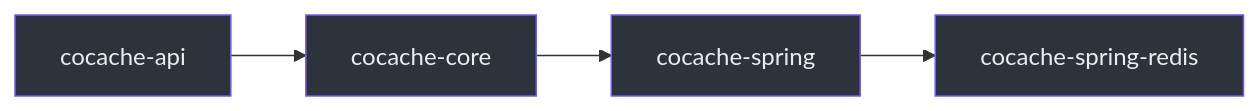
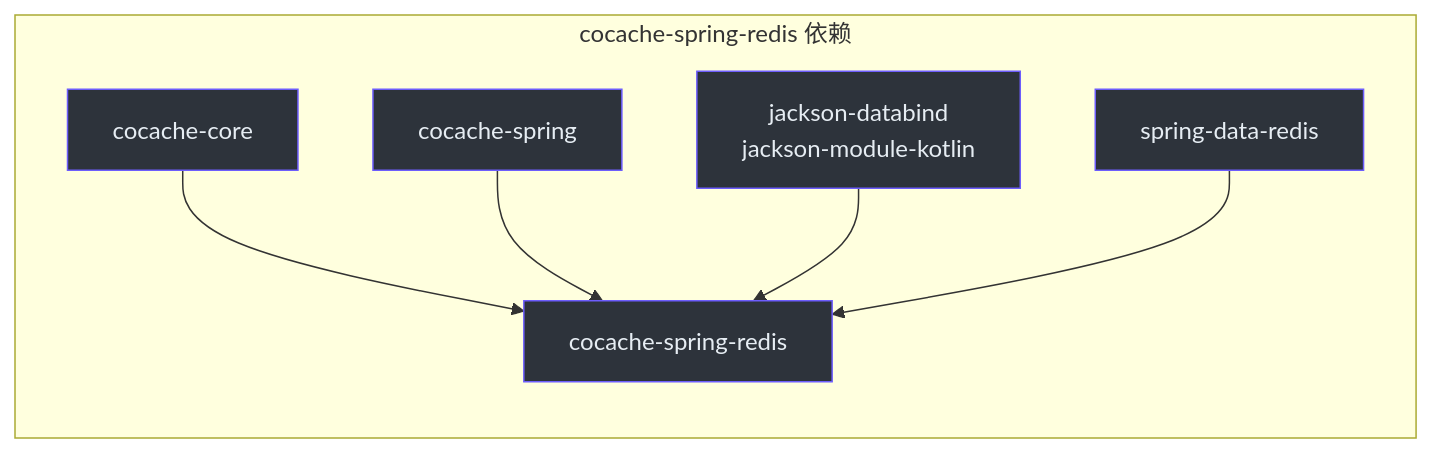
The first of 8 diagrams in wiki/zh/modules/cocache-spring-redis.md (Ahoo-Wang/CoCache), drawn with Mermaid before and after one commit. The commit also changed other lines of this file and 25 other files, not shown here.

````diff
--- a/wiki/zh/modules/cocache-spring-redis.md
+++ b/wiki/zh/modules/cocache-spring-redis.md
@@ -12,11 +12,26 @@
 ```mermaid
 graph LR
-    API["cocache-api"] --> Core["cocache-core"]
-    Core --> Spring["cocache-spring"]
-    Spring --> Redis["cocache-spring-redis"]
+    subgraph sg_47 ["cocache-spring-redis 依赖"]
 
-    style API fill:#2d333b,stroke:#6d5dfc,color:#e6edf3
-    style Core fill:#2d333b,stroke:#6d5dfc,color:#e6edf3
-    style Spring fill:#2d333b,stroke:#6d5dfc,color:#e6edf3
-    style Redis fill:#2d333b,stroke:#6d5dfc,color:#e6edf3
+        core["cocache-core"]
+        style core fill:#2d333b,stroke:#6d5dfc,color:#e6edf3
+
+        spring["cocache-spring"]
+        style spring fill:#2d333b,stroke:#6d5dfc,color:#e6edf3
+
+        redis["cocache-spring-redis"]
+        style redis fill:#2d333b,stroke:#6d5dfc,color:#e6edf3
+
+        jackson["jackson-databind<br>jackson-module-kotlin"]
+        style jackson fill:#2d333b,stroke:#6d5dfc,color:#e6edf3
+
+        sdr["spring-data-redis"]
+        style sdr fill:#2d333b,stroke:#6d5dfc,color:#e6edf3
+
+        core --> redis
+        spring --> redis
+        jackson --> redis
+        sdr --> redis
+    end
+
 ```
````
